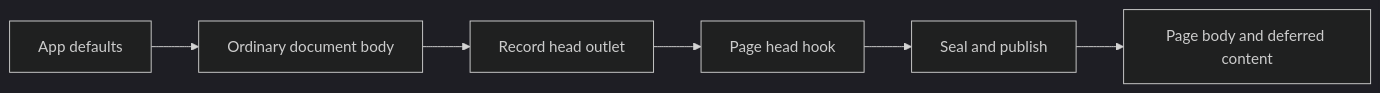
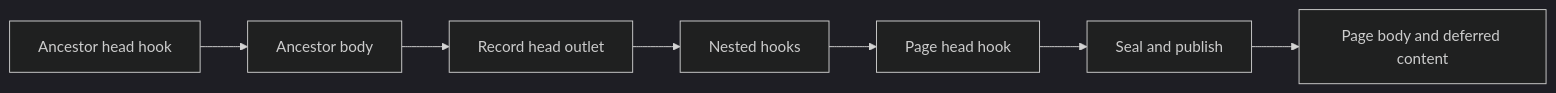
One commit to Proa-Labs/proa changed the diagram in docs/design/metadata-api-proposal.md. Above: the diagram before and after it, drawn with Mermaid (dark theme). The commit also changed other lines of this file and 27 other files, not shown here.

Commit message:
Require explicit Layout or Page roles for head providers

````diff
--- a/docs/design/metadata-api-proposal.md
+++ b/docs/design/metadata-api-proposal.md
@@ -55,8 +71,9 @@
 ```mermaid
 flowchart LR
-    A[App defaults] --> B[Ordinary document body]
+    A[Ancestor head hook] --> B[Ancestor body]
     B --> C[Record head outlet]
-    C --> E[Page head hook]
+    C --> D[Nested hooks]
+    D --> E[Page head hook]
     E --> F[Seal and publish]
     F --> G[Page body and deferred content]
 ```
````
